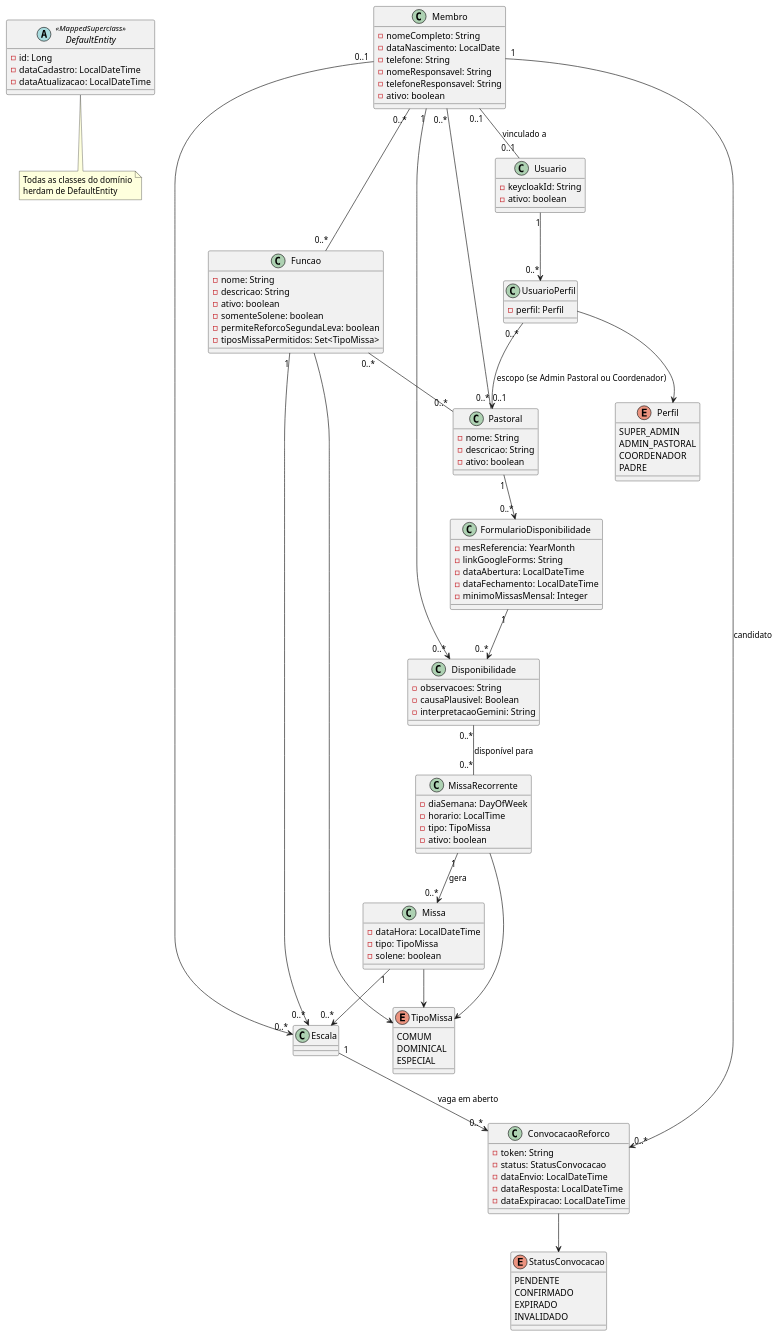
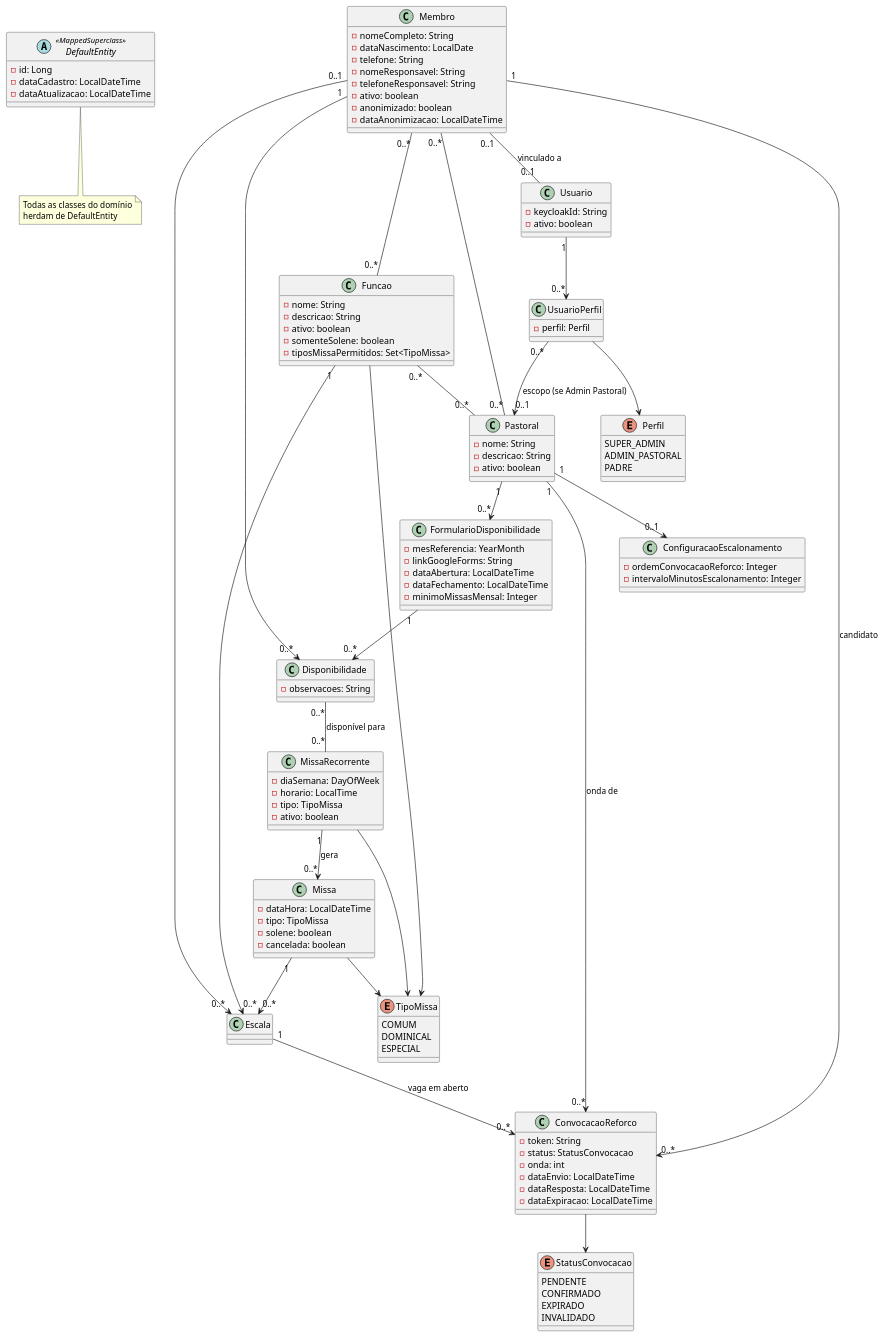
The diagram in docs/diagramas/classes.plantuml (DaviRSuassuna/paroquia-sistema), drawn with PlantUML before and after one commit. The commit also changed 1 other file, not shown here.

Commit message:
atualizacao_diagrama_de_classes_e_requisitos_funcionais_e_nao_funcionais

```diff
--- a/docs/diagramas/classes.plantuml
+++ b/docs/diagramas/classes.plantuml
@@ -1,134 +1,142 @@
 @startuml classes
 
 abstract class DefaultEntity <<MappedSuperclass>> {
   - id: Long
   - dataCadastro: LocalDateTime
   - dataAtualizacao: LocalDateTime
 }
 
 note bottom of DefaultEntity
   Todas as classes do domínio
   herdam de DefaultEntity
 end note
 
 enum TipoMissa {
   COMUM
   DOMINICAL
   ESPECIAL
 }
 
 enum Perfil {
   SUPER_ADMIN
   ADMIN_PASTORAL
-  COORDENADOR
   PADRE
 }
 
 enum StatusConvocacao {
   PENDENTE
   CONFIRMADO
   EXPIRADO
   INVALIDADO
 }
 
 class Membro {
   - nomeCompleto: String
   - dataNascimento: LocalDate
   - telefone: String
   - nomeResponsavel: String
   - telefoneResponsavel: String
   - ativo: boolean
+  - anonimizado: boolean
+  - dataAnonimizacao: LocalDateTime
 }
 
 class Pastoral {
   - nome: String
   - descricao: String
   - ativo: boolean
 }
 
+class ConfiguracaoEscalonamento {
+  - ordemConvocacaoReforco: Integer
+  - intervaloMinutosEscalonamento: Integer
+}
+
 class Funcao {
   - nome: String
   - descricao: String
   - ativo: boolean
   - somenteSolene: boolean
-  - permiteReforcoSegundaLeva: boolean
   - tiposMissaPermitidos: Set<TipoMissa>
 }
 
 class MissaRecorrente {
   - diaSemana: DayOfWeek
   - horario: LocalTime
   - tipo: TipoMissa
   - ativo: boolean
 }
 
 class Missa {
   - dataHora: LocalDateTime
   - tipo: TipoMissa
   - solene: boolean
+  - cancelada: boolean
 }
 
 class Escala {
 }
 
 class FormularioDisponibilidade {
   - mesReferencia: YearMonth
   - linkGoogleForms: String
   - dataAbertura: LocalDateTime
   - dataFechamento: LocalDateTime
   - minimoMissasMensal: Integer
 }
 
 class Disponibilidade {
   - observacoes: String
-  - causaPlausivel: Boolean
-  - interpretacaoGemini: String
 }
 
 class ConvocacaoReforco {
   - token: String
   - status: StatusConvocacao
+  - onda: int
   - dataEnvio: LocalDateTime
   - dataResposta: LocalDateTime
   - dataExpiracao: LocalDateTime
 }
 
 class Usuario {
   - keycloakId: String
   - ativo: boolean
 }
 
 class UsuarioPerfil {
   - perfil: Perfil
 }
 
 Membro "0..*" -- "0..*" Pastoral
 Membro "0..*" -- "0..*" Funcao
 Funcao "0..*" -- "0..*" Pastoral
 
+Pastoral "1" --> "0..1" ConfiguracaoEscalonamento
+Pastoral "1" --> "0..*" ConvocacaoReforco : onda de
+
 Missa "1" --> "0..*" Escala
 Membro "0..1" --> "0..*" Escala
 Funcao "1" --> "0..*" Escala
 
 MissaRecorrente "1" --> "0..*" Missa : gera
 
 Pastoral "1" --> "0..*" FormularioDisponibilidade
 FormularioDisponibilidade "1" --> "0..*" Disponibilidade
 Membro "1" --> "0..*" Disponibilidade
 Disponibilidade "0..*" -- "0..*" MissaRecorrente : disponível para
 
 Escala "1" --> "0..*" ConvocacaoReforco : vaga em aberto
 Membro "1" --> "0..*" ConvocacaoReforco : candidato
 
 Membro "0..1" -- "0..1" Usuario : vinculado a
 
 Usuario "1" --> "0..*" UsuarioPerfil
-UsuarioPerfil "0..*" --> "0..1" Pastoral : escopo (se Admin Pastoral ou Coordenador)
+UsuarioPerfil "0..*" --> "0..1" Pastoral : escopo (se Admin Pastoral)
 
 Missa --> TipoMissa
 MissaRecorrente --> TipoMissa
 Funcao --> TipoMissa
 UsuarioPerfil --> Perfil
 ConvocacaoReforco --> StatusConvocacao
 
 @enduml
```
